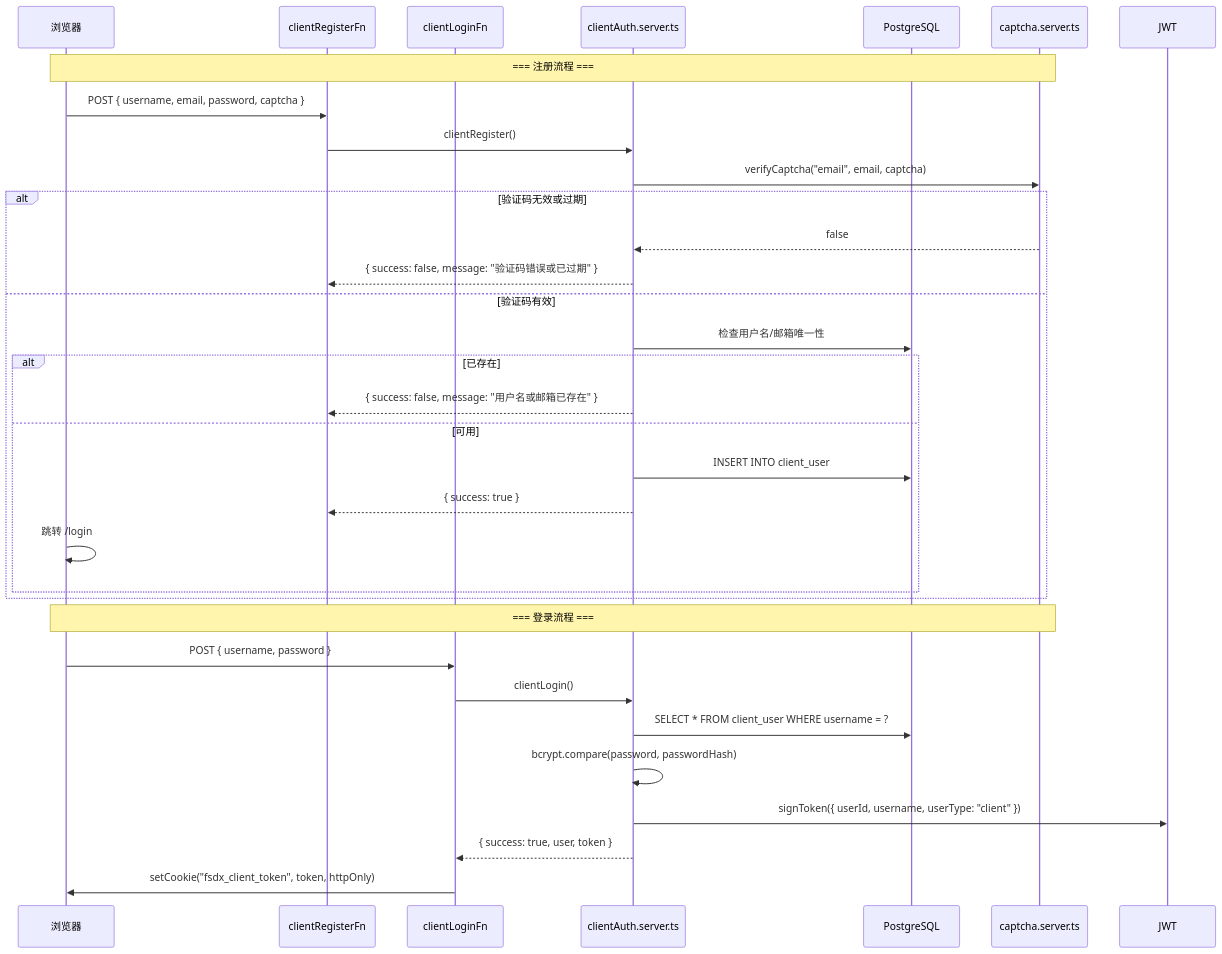
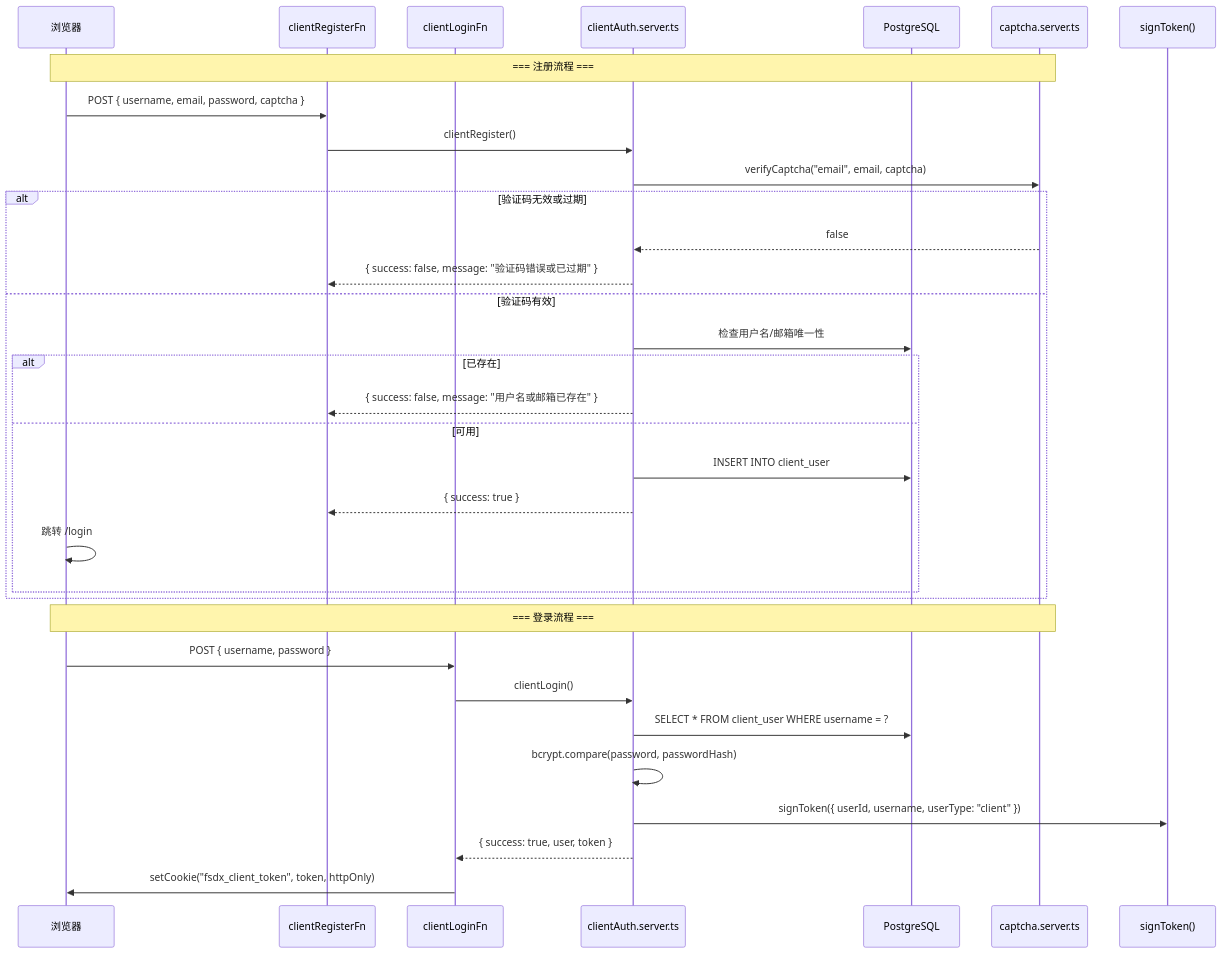
The fourth of 6 diagrams in docs/auth-permission-model.md (easyx-dev/fsdx), drawn with Mermaid before and after one commit. The commit also changed other lines of this file and 20 other files, not shown here.

````diff
--- a/docs/auth-permission-model.md
+++ b/docs/auth-permission-model.md
@@ -200,39 +215,40 @@
 ```mermaid
 sequenceDiagram
     participant Browser as 浏览器
     participant RegisterSF as clientRegisterFn
     participant LoginSF as clientLoginFn
     participant Server as clientAuth.server.ts
     participant DB as PostgreSQL
     participant Captcha as captcha.server.ts
+    participant JWT as signToken()
 
     Note over Browser,Captcha: === 注册流程 ===
 
     Browser->>RegisterSF: POST { username, email, password, captcha }
     RegisterSF->>Server: clientRegister()
 
     Server->>Captcha: verifyCaptcha("email", email, captcha)
     alt 验证码无效或过期
         Captcha-->>Server: false
         Server-->>RegisterSF: { success: false, message: "验证码错误或已过期" }
     else 验证码有效
         Server->>DB: 检查用户名/邮箱唯一性
         alt 已存在
             Server-->>RegisterSF: { success: false, message: "用户名或邮箱已存在" }
         else 可用
             Server->>DB: INSERT INTO client_user
             Server-->>RegisterSF: { success: true }
             Browser->>Browser: 跳转 /login
         end
     end
 
     Note over Browser,Captcha: === 登录流程 ===
 
     Browser->>LoginSF: POST { username, password }
     LoginSF->>Server: clientLogin()
     Server->>DB: SELECT * FROM client_user WHERE username = ?
     Server->>Server: bcrypt.compare(password, passwordHash)
     Server->>JWT: signToken({ userId, username, userType: "client" })
     Server-->>LoginSF: { success: true, user, token }
     LoginSF->>Browser: setCookie("fsdx_client_token", token, httpOnly)
 ```
````
